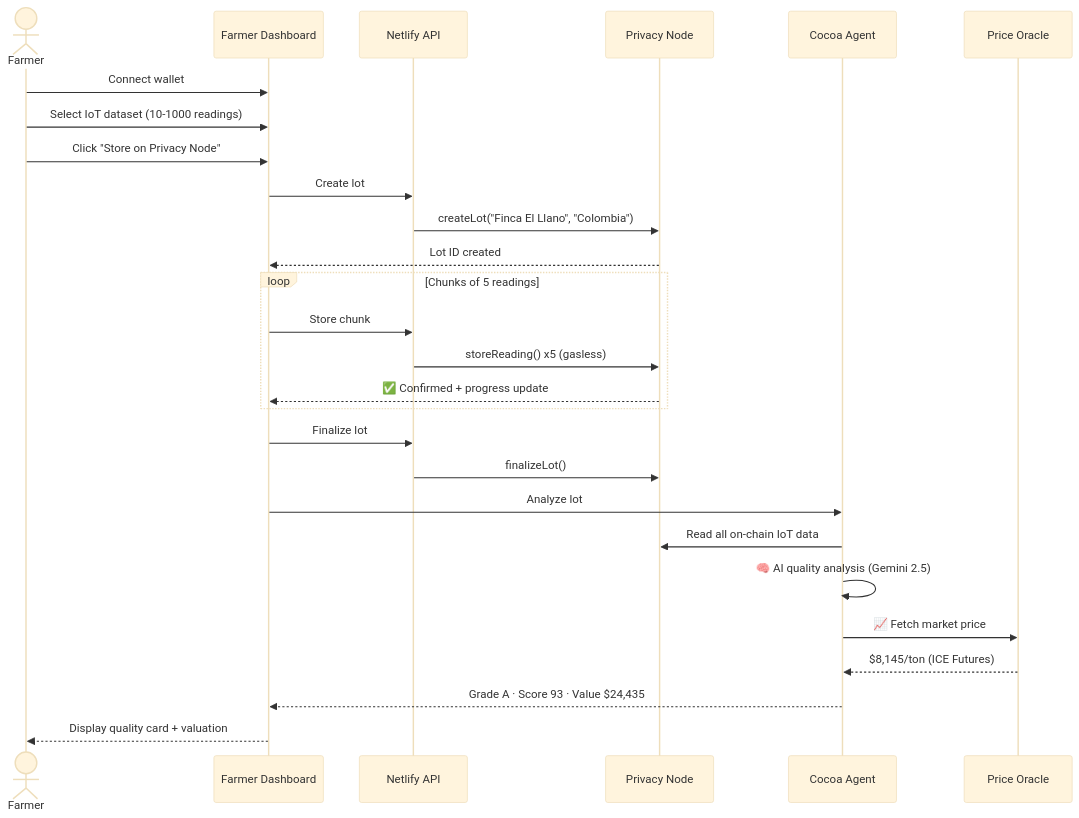
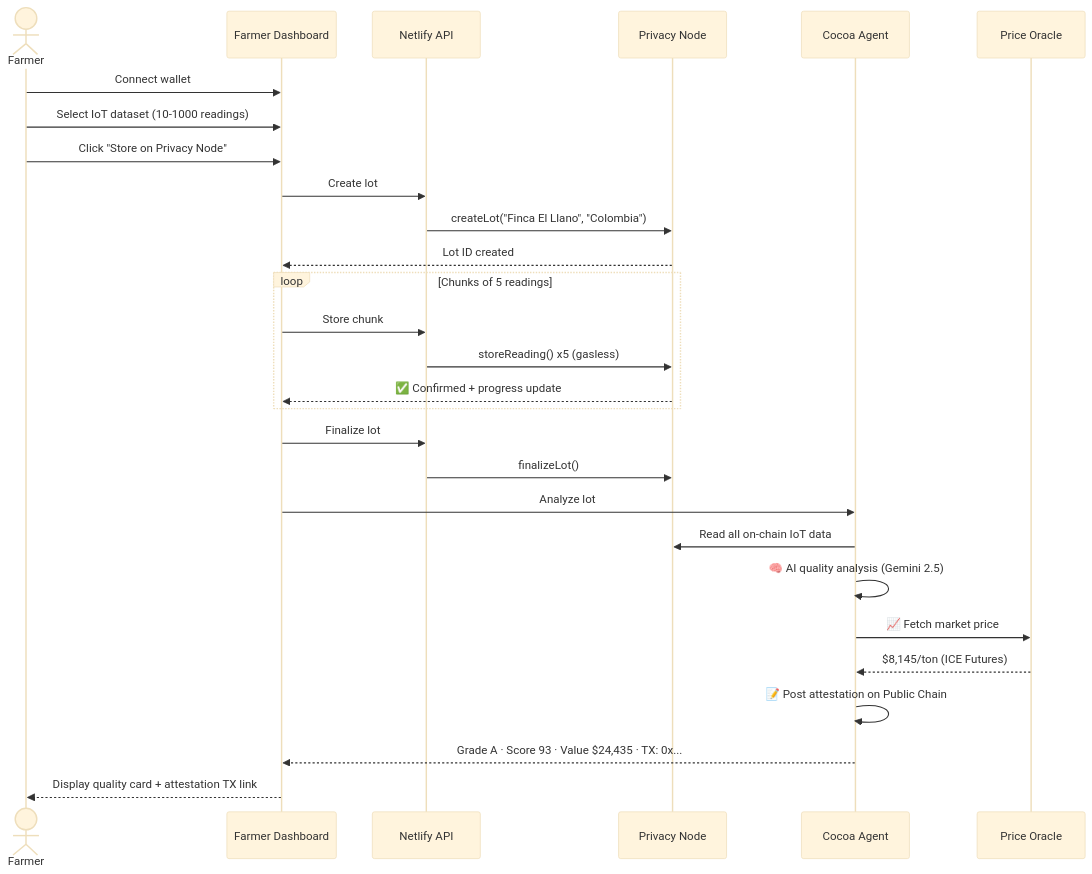
The third of 4 diagrams in README.md (JulioMCruz/Cocoa-Ledger), drawn with Mermaid (base theme) before and after one commit. The commit also changed other lines of this file, not shown here.

Commit message:
add attestation contract deployment and update docs

````diff
--- a/README.md
+++ b/README.md
@@ -236,35 +237,36 @@
 ```mermaid
 sequenceDiagram
     actor Farmer
     participant App as Farmer Dashboard
     participant API as Netlify API
     participant PN as Privacy Node
     participant Agent as Cocoa Agent
     participant Oracle as Price Oracle
 
     Farmer->>App: Connect wallet
     Farmer->>App: Select IoT dataset (10-1000 readings)
     Farmer->>App: Click "Store on Privacy Node"
 
     App->>API: Create lot
     API->>PN: createLot("Finca El Llano", "Colombia")
     PN-->>App: Lot ID created
 
     loop Chunks of 5 readings
         App->>API: Store chunk
         API->>PN: storeReading() x5 (gasless)
         PN-->>App: ✅ Confirmed + progress update
     end
 
     App->>API: Finalize lot
     API->>PN: finalizeLot()
 
     App->>Agent: Analyze lot
     Agent->>PN: Read all on-chain IoT data
     Agent->>Agent: 🧠 AI quality analysis (Gemini 2.5)
     Agent->>Oracle: 📈 Fetch market price
     Oracle-->>Agent: $8,145/ton (ICE Futures)
-    Agent-->>App: Grade A · Score 93 · Value $24,435
+    Agent->>Agent: 📝 Post attestation on Public Chain
+    Agent-->>App: Grade A · Score 93 · Value $24,435 · TX: 0x...
 
-    App-->>Farmer: Display quality card + valuation
+    App-->>Farmer: Display quality card + attestation TX link
 ```
````
